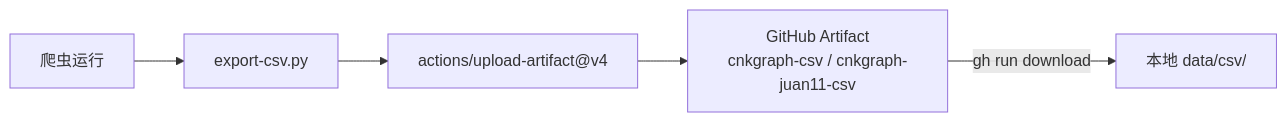
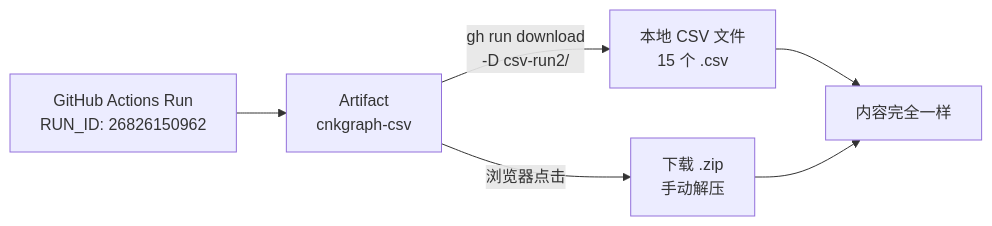
Before and after one commit to yeyangchen2009/poem300: the fourth of 6 diagrams in cnkgraph/docs/juan11-crawl-guide.md, drawn with Mermaid. The commit also changed other lines of this file and 1 other file, not shown here.

First line of the commit message:
docs: 补充 artifact 下载详解 + devlog 数据对比记录

````diff
--- a/cnkgraph/docs/juan11-crawl-guide.md
+++ b/cnkgraph/docs/juan11-crawl-guide.md
@@ -192,7 +265,8 @@
 ```mermaid
 graph LR
-    CRAWL["爬虫运行"] --> EXPORT["export-csv.py"]
-    EXPORT --> UPLOAD["actions/upload-artifact@v4"]
-    UPLOAD --> ARTIFACT["GitHub Artifact<br/>cnkgraph-csv / cnkgraph-juan11-csv"]
-    ARTIFACT --> |"gh run download"| LOCAL["本地 data/csv/"]
+    RUN["GitHub Actions Run<br/>RUN_ID: 26826150962"] --> ARTIFACT["Artifact<br/>cnkgraph-csv"]
+    ARTIFACT --> |"gh run download<br/>-D csv-run2/"| CLI["本地 CSV 文件<br/>15 个 .csv"]
+    ARTIFACT --> |"浏览器点击"| ZIP["下载 .zip<br/>手动解压"]
+    CLI --> SAME["内容完全一样"]
+    ZIP --> SAME
 ```
````
